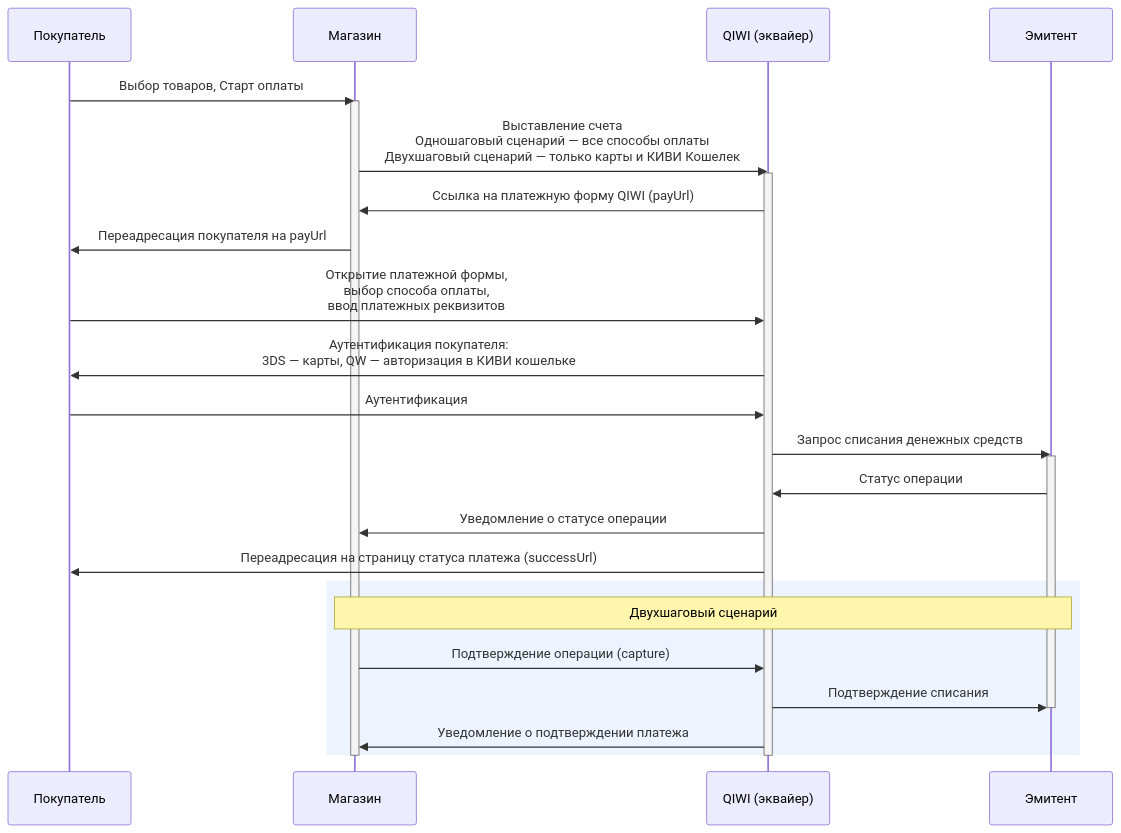
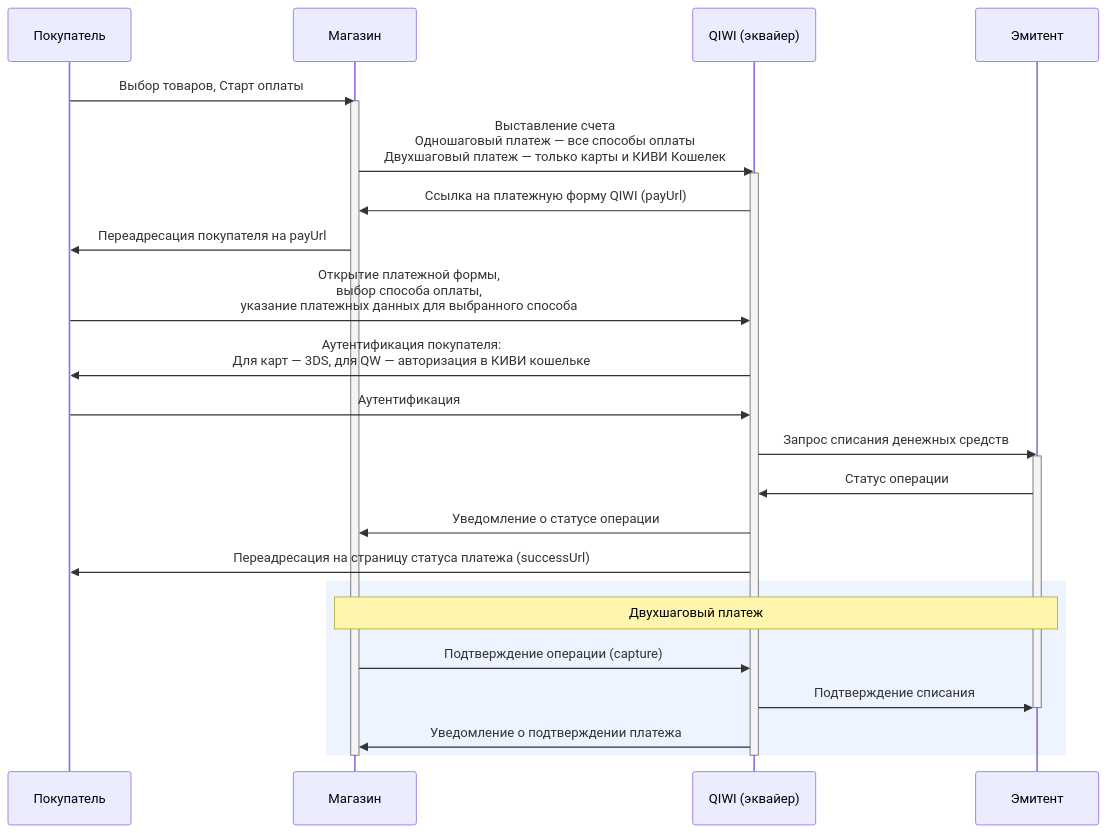
The diagram in _qiwi-form_ru.html.md (QIWI-API/payments-docs), drawn with Mermaid before and after one commit. The commit also changed other lines of this file and 18 other files, not shown here.

```diff
--- a/_qiwi-form_ru.html.md
+++ b/_qiwi-form_ru.html.md
@@ -15,30 +15,30 @@
 <div class="mermaid">
 sequenceDiagram
 participant customer as Покупатель
 participant store as Магазин
 participant qb as QIWI (эквайер)
 participant ips as Эмитент
 customer->>store:Выбор товаров, Старт оплаты
 activate store
-store->>qb:Выставление счета<br/>Одношаговый сценарий — все способы оплаты<br/>Двухшаговый сценарий — только карты и КИВИ Кошелек
+store->>qb:Выставление счета<br/>Одношаговый платеж — все способы оплаты<br/>Двухшаговый платеж — только карты и КИВИ Кошелек
 activate qb
 qb->>store:Ссылка на платежную форму QIWI (payUrl)
 store->>customer:Переадресация покупателя на payUrl
-customer->>qb:Открытие платежной формы,<br/>выбор способа оплаты,<br/>ввод платежных реквизитов
-qb->>customer:Аутентификация покупателя:<br/>3DS — карты, QW — авторизация в КИВИ кошельке
+customer->>qb:Открытие платежной формы,<br/>выбор способа оплаты,<br/>указание платежных данных для выбранного способа
+qb->>customer:Аутентификация покупателя:<br/>Для карт — 3DS, для QW — авторизация в КИВИ кошельке
 customer->>qb:Аутентификация
 qb->>ips:Запрос списания денежных средств
 activate ips
 ips->>qb:Статус операции
 qb->>store:Уведомление о статусе операции
 qb->>customer: Переадресация на страницу статуса платежа (successUrl)
 rect rgb(237, 243, 255)
-Note over store, ips:Двухшаговый сценарий
+Note over store, ips:Двухшаговый платеж
 store->>qb:Подтверждение операции (capture)
 qb->>ips:Подтверждение списания
 deactivate ips
 qb->>store:Уведомление о подтверждении платежа
 end
 deactivate qb
 deactivate store
 </div>
```
